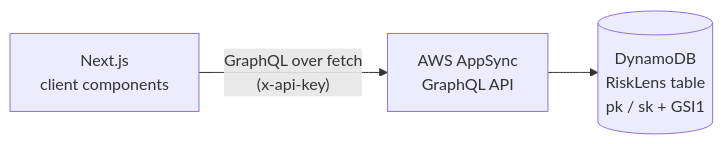
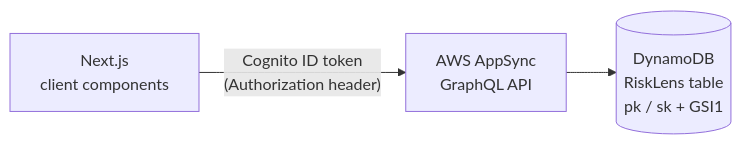
Before and after one commit to khushidesaiiiii/RiskLens: the first of 2 diagrams in README.md, drawn with Mermaid. The commit also changed other lines of this file and 10 other files, not shown here.

````diff
--- a/README.md
+++ b/README.md
@@ -118,5 +137,5 @@
 ```mermaid
 flowchart LR
-    A[Next.js<br/>client components] -->|"GraphQL over fetch<br/>(x-api-key)"| B[AWS AppSync<br/>GraphQL API]
+    A[Next.js<br/>client components] -->|"Cognito ID token<br/>(Authorization header)"| B[AWS AppSync<br/>GraphQL API]
     B --> C[(DynamoDB<br/>RiskLens table<br/>pk / sk + GSI1)]
 ```
````
